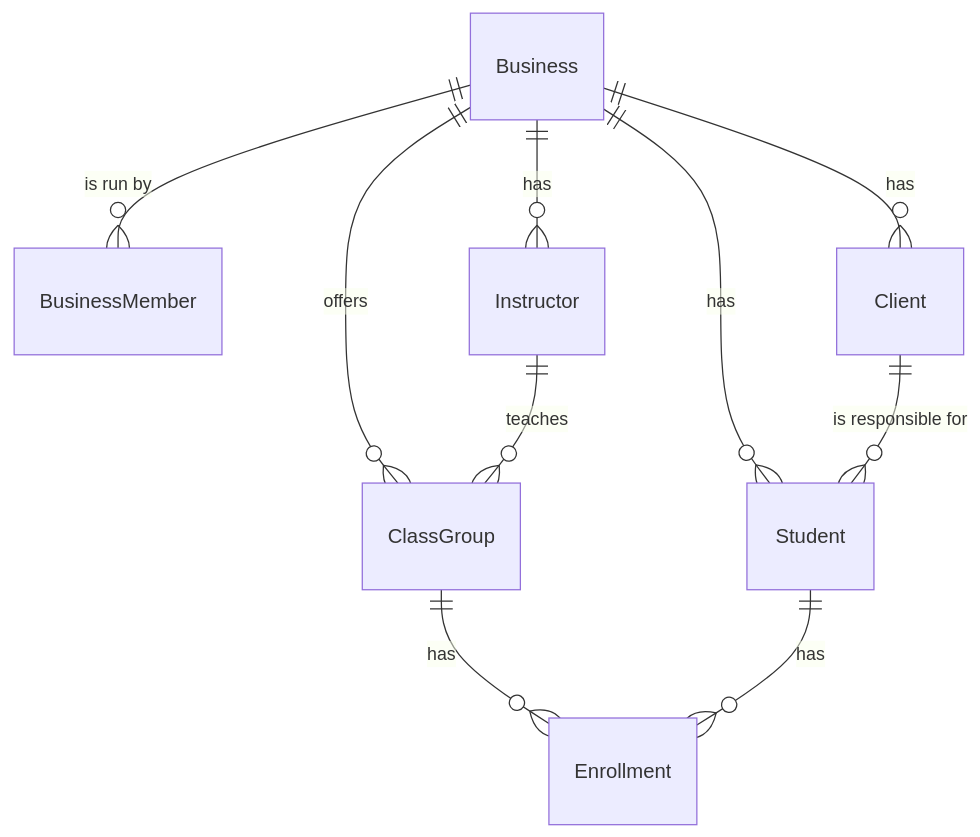
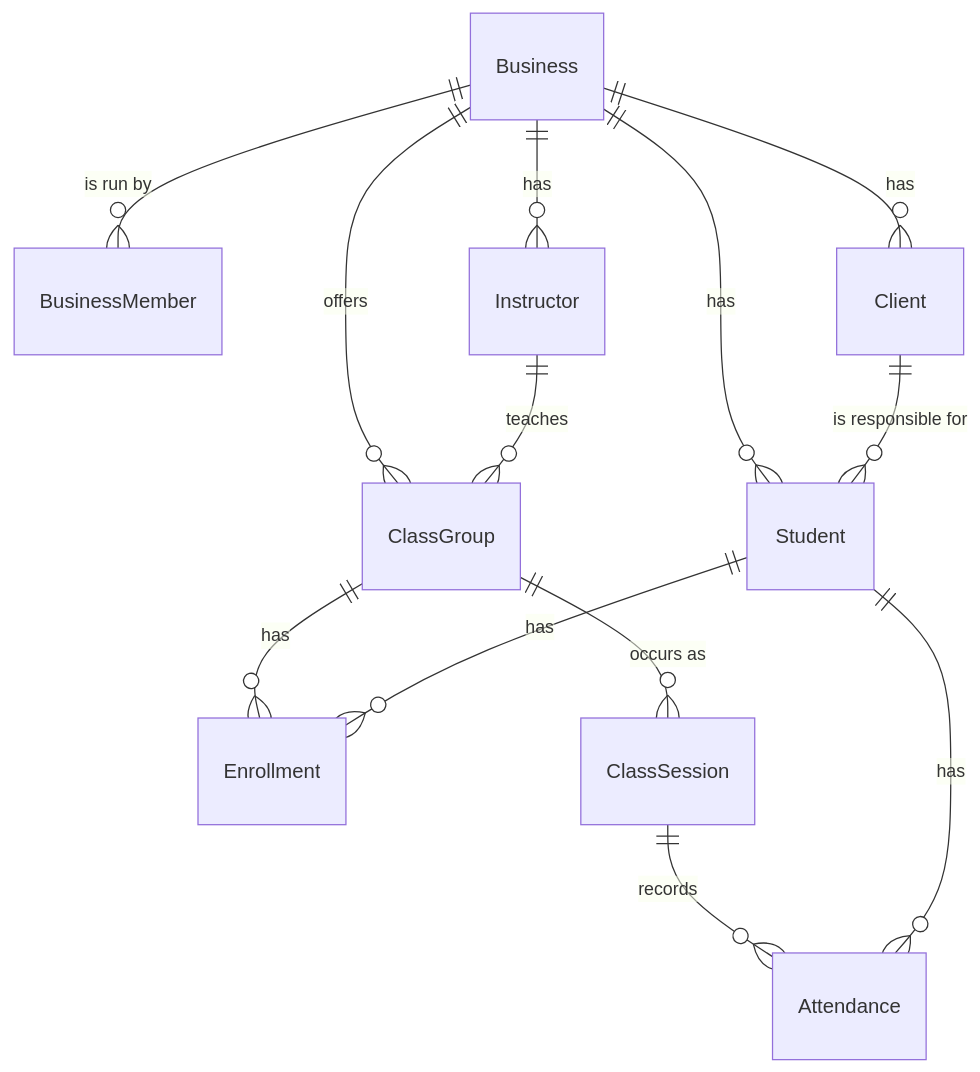
The diagram in docs/backend/domain-model.md (alejandrolazarte/class-manager), drawn with Mermaid before and after one commit. The commit also changed other lines of this file and 47 other files, not shown here.

````diff
--- a/docs/backend/domain-model.md
+++ b/docs/backend/domain-model.md
@@ -15,12 +15,15 @@
 ```mermaid
 erDiagram
     Business ||--o{ BusinessMember : "is run by"
     Business ||--o{ Client : has
     Business ||--o{ Student : has
     Client ||--o{ Student : "is responsible for"
     Business ||--o{ Instructor : has
     Business ||--o{ ClassGroup : offers
     Instructor ||--o{ ClassGroup : teaches
     ClassGroup ||--o{ Enrollment : has
     Student ||--o{ Enrollment : has
+    ClassGroup ||--o{ ClassSession : "occurs as"
+    ClassSession ||--o{ Attendance : records
+    Student ||--o{ Attendance : has
 ```
````
